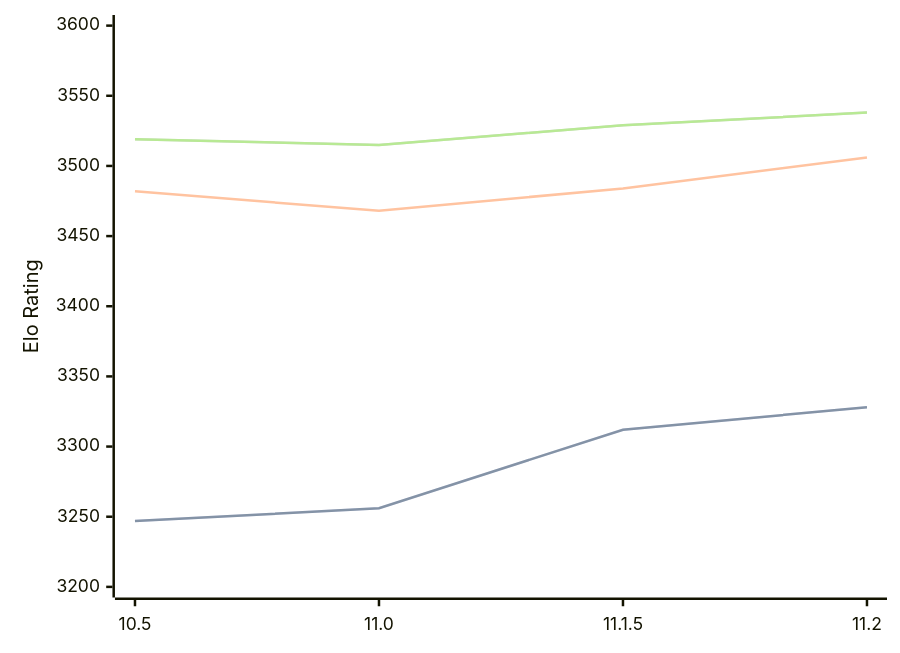
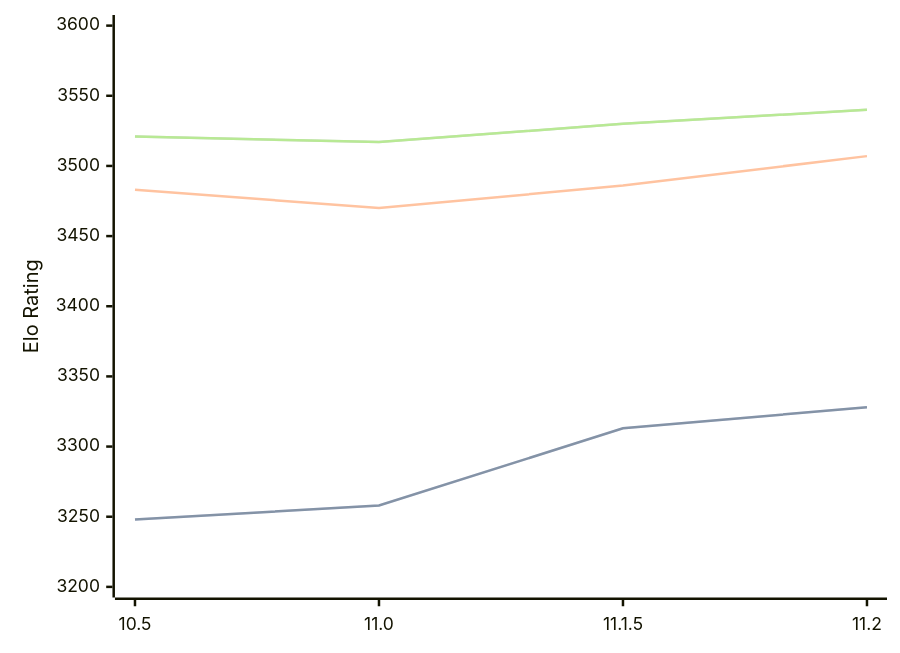
One commit to computer-chess-index/cci changed the diagram in engines/Lizard.md. Above: the diagram before and after it, drawn with Mermaid. The commit also changed other lines of this file, not shown here.

Commit message:
Update CCI Ratings (ELO VLTC) - 2026-04-07

````diff
--- a/engines/Lizard.md
+++ b/engines/Lizard.md
@@ -46,11 +46,11 @@
 ```mermaid
 %%{init: {"theme":"base","themeVariables":{"seriesColors:['#a3a3a3','#222221','#faa371']}}}%%
 xychart-beta
   x-axis ["10.5", "11.0", "11.1.5", "11.2"]
   y-axis "Elo Rating" 3200 --> 3600
-  line "STC (8.0+0.08s)" [3247, 3256, 3312, 3328]
-  line "STC (8.0+0.08s)" [3247, 3256, 3312, 3328]
-  line "LTC (60.0+0.60s)" [3482, 3468, 3484, 3506]
-  line "VLTC (2m24s+1.12s)" [3519, 3515, 3529, 3538]
-  line "VLTC (2m24s+1.12s)" [3519, 3515, 3529, 3538]
+  line "STC (8.0+0.08s)" [3248, 3258, 3313, 3328]
+  line "STC (8.0+0.08s)" [3248, 3258, 3313, 3328]
+  line "LTC (60.0+0.60s)" [3483, 3470, 3486, 3507]
+  line "VLTC (2m24s+1.12s)" [3521, 3517, 3530, 3540]
+  line "VLTC (2m24s+1.12s)" [3521, 3517, 3530, 3540]
 ```
````
